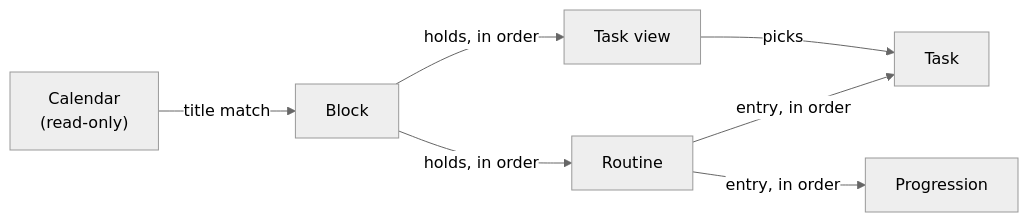
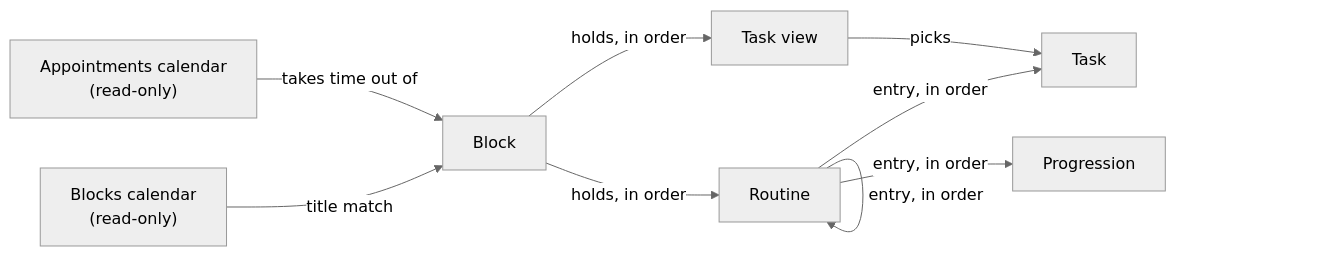
One commit to adam-edison/run-my-day-app changed the first of 7 diagrams in docs/domain-model.md. Above: the diagram before and after it, drawn with Mermaid (neutral theme). The commit also changed other lines of this file and 3 other files, not shown here.

````diff
--- a/docs/domain-model.md
+++ b/docs/domain-model.md
@@ -9,9 +9,11 @@
 ```mermaid
 flowchart LR
-    Calendar["Calendar<br/>(read-only)"] -->|title match| Block
+    Calendar["Blocks calendar<br/>(read-only)"] -->|title match| Block
+    Appointments["Appointments calendar<br/>(read-only)"] -->|takes time out of| Block
     Block -->|holds, in order| Routine
     Block -->|holds, in order| TaskView["Task view"]
     Routine -->|entry, in order| Task
     Routine -->|entry, in order| Progression
+    Routine -->|entry, in order| Routine
     TaskView -->|picks| Task
 ```
````
